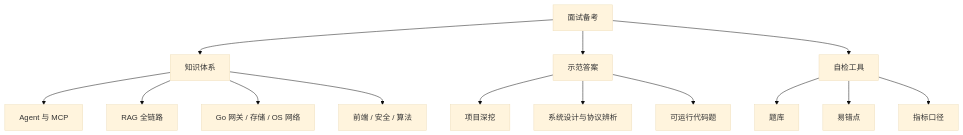
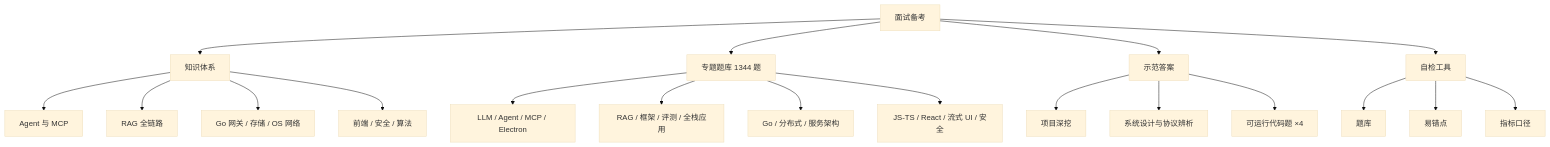
The diagram in content/interview/index.md (yukino-js/26autumn), drawn with Mermaid (base theme) before and after one commit. The commit also changed other lines of this file and 28 other files, not shown here.

````diff
--- a/content/interview/index.md
+++ b/content/interview/index.md
@@ -9,16 +9,21 @@
 ```mermaid
 flowchart TB
     A[面试备考] --> B[知识体系]
+    A --> E[专题题库 1344 题]
     A --> C[示范答案]
     A --> D[自检工具]
     B --> B1[Agent 与 MCP]
     B --> B2[RAG 全链路]
     B --> B3[Go 网关 / 存储 / OS 网络]
     B --> B4[前端 / 安全 / 算法]
+    E --> E1[LLM / Agent / MCP / Electron]
+    E --> E2[RAG / 框架 / 评测 / 全栈应用]
+    E --> E3[Go / 分布式 / 服务架构]
+    E --> E4[JS-TS / React / 流式 UI / 安全]
     C --> C1[项目深挖]
     C --> C2[系统设计与协议辨析]
-    C --> C3[可运行代码题]
+    C --> C3[可运行代码题 ×4]
     D --> D1[题库]
     D --> D2[易错点]
     D --> D3[指标口径]
 ```
````
